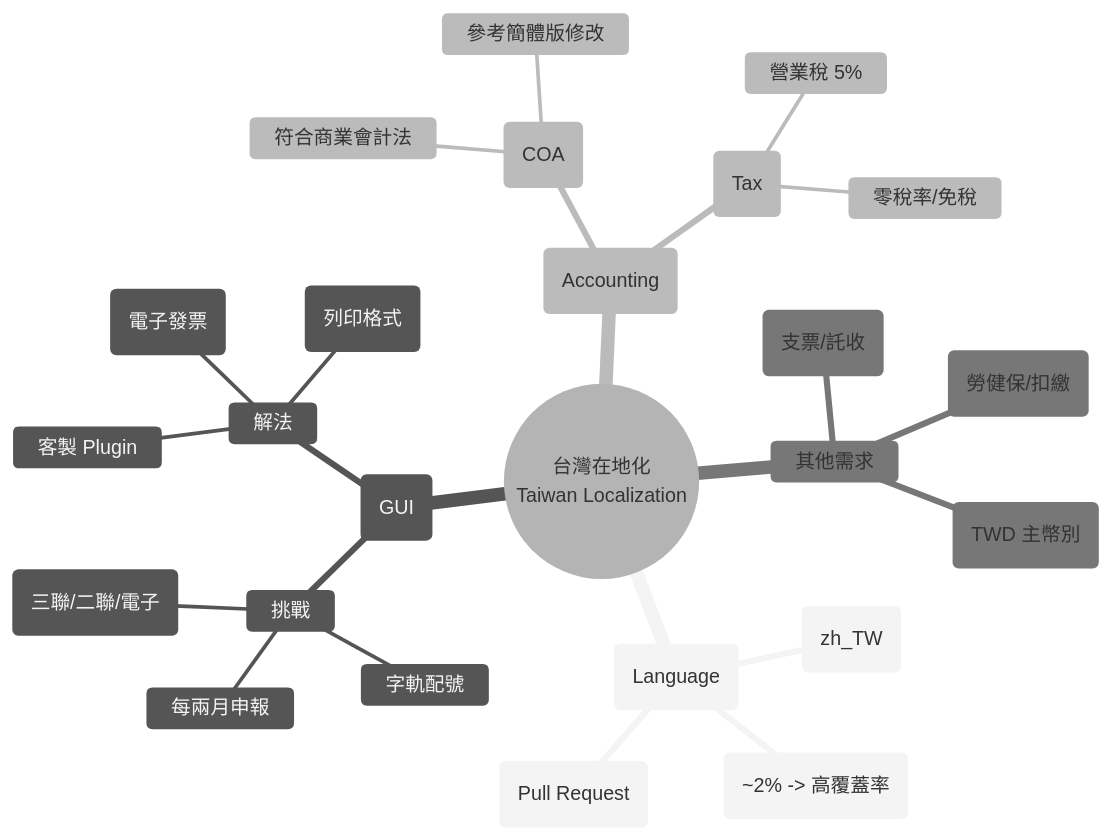
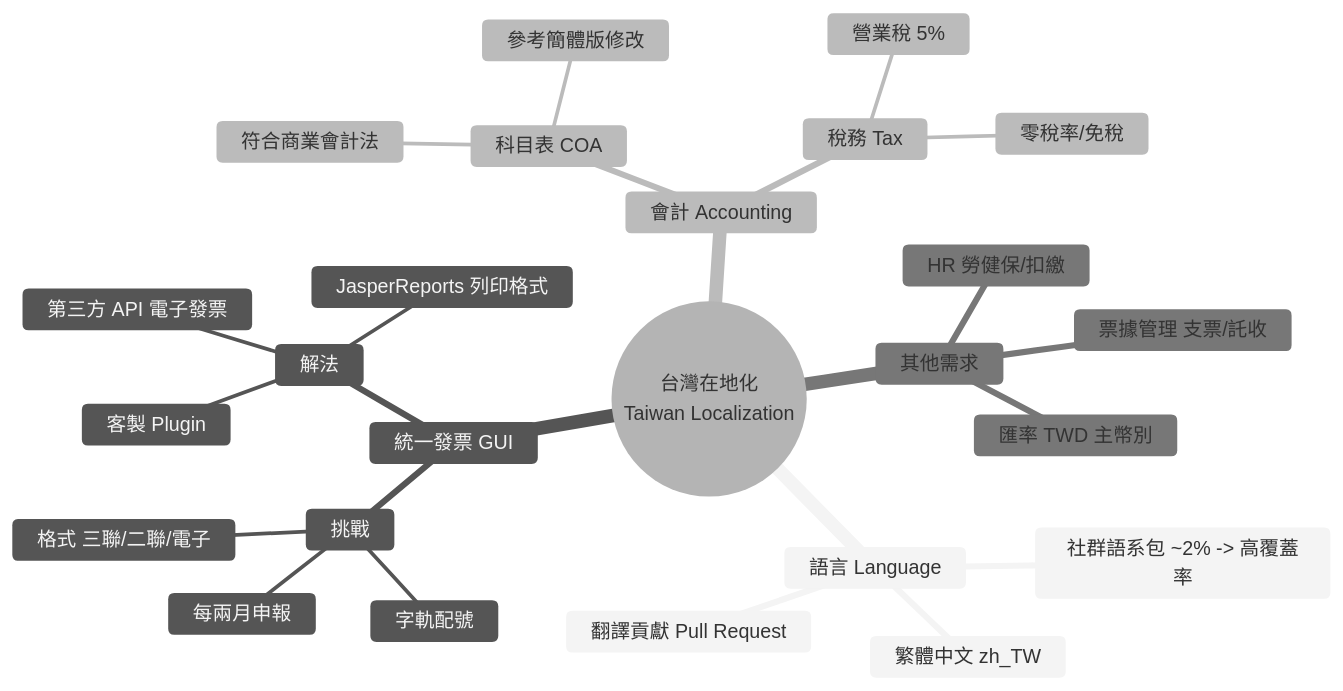
One commit to nczz/claw_notes changed diagram 14 of 15 in iDempiere_Notes.md. Above: the diagram before and after it, drawn with Mermaid (neutral theme). The commit also changed other lines of this file, not shown here.

Commit message:
Fix mermaid syntax error: remove parentheses in node text

````diff
--- a/iDempiere_Notes.md
+++ b/iDempiere_Notes.md
@@ -931,28 +931,28 @@
 ```mermaid
 mindmap
   root((台灣在地化<br/>Taiwan Localization))
-    語言 (Language)
-      繁體中文 (zh_TW)
-      社群語系包 (~2% -> 高覆蓋率)
-      翻譯貢獻 (Pull Request)
-    統一發票 (GUI)
+    語言 Language
+      繁體中文 zh_TW
+      社群語系包 ~2% -> 高覆蓋率
+      翻譯貢獻 Pull Request
+    統一發票 GUI
       挑戰
-        格式 (三聯/二聯/電子)
+        格式 三聯/二聯/電子
         字軌配號
         每兩月申報
       解法
         客製 Plugin
-        第三方 API (電子發票)
-        JasperReports (列印格式)
-    會計 (Accounting)
-      科目表 (COA)
+        第三方 API 電子發票
+        JasperReports 列印格式
+    會計 Accounting
+      科目表 COA
         符合商業會計法
         參考簡體版修改
-      稅務 (Tax)
+      稅務 Tax
         營業稅 5%
         零稅率/免稅
     其他需求
-      票據管理 (支票/託收)
-      HR (勞健保/扣繳)
-      匯率 (TWD 主幣別)
+      票據管理 支票/託收
+      HR 勞健保/扣繳
+      匯率 TWD 主幣別
 ```
````
